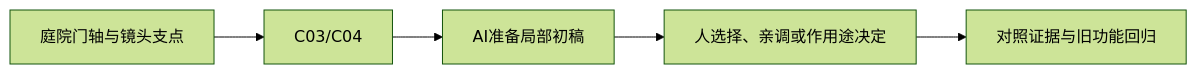
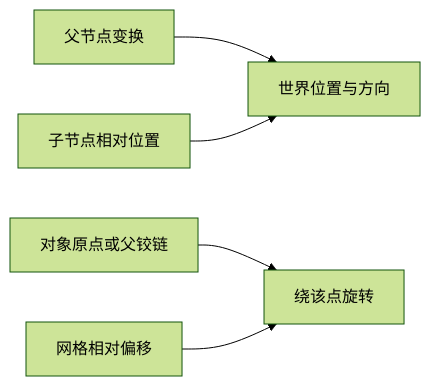
One commit to Zilur/ai-3d-game-learning changed the diagram in curriculum/lessons/B01B.md. Above: the diagram before and after it, drawn with Mermaid (forest theme). The commit also changed other lines of this file and 164 other files, not shown here.

Commit message:
docs: publish 47 step-by-step AI lesson flows, world upgrade and optional training corner

````diff
--- a/curriculum/lessons/B01B.md
+++ b/curriculum/lessons/B01B.md
@@ -38,7 +35,7 @@
 ```mermaid
 flowchart LR
-  S["庭院门轴与镜头支点"] --> K["C03/C04"]
-  K --> AI["AI准备局部初稿"]
-  AI --> H["人选择、亲调或作用途决定"]
-  H --> V["对照证据与旧功能回归"]
+ P["父节点变换"] --> W["世界位置与方向"]
+ L["子节点相对位置"] --> W
+ O["对象原点或父铰链"] --> R["绕该点旋转"]
+ M["网格相对偏移"] --> R
 ```
````
